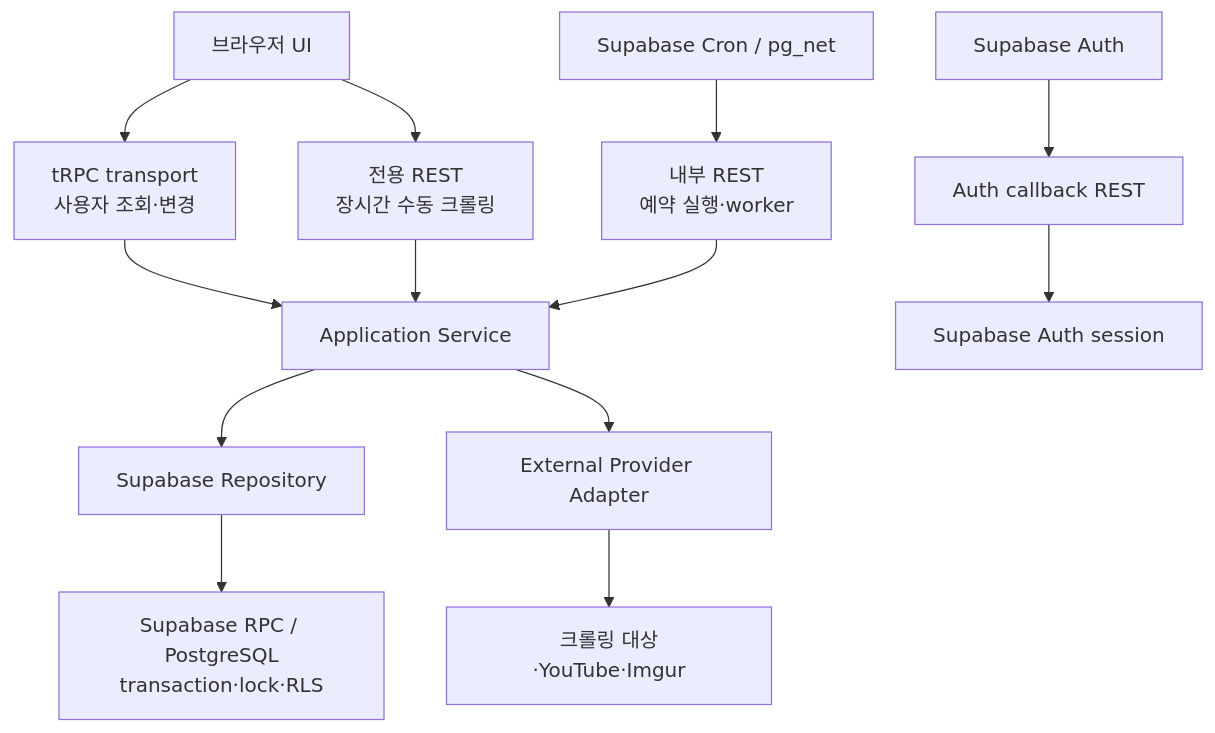
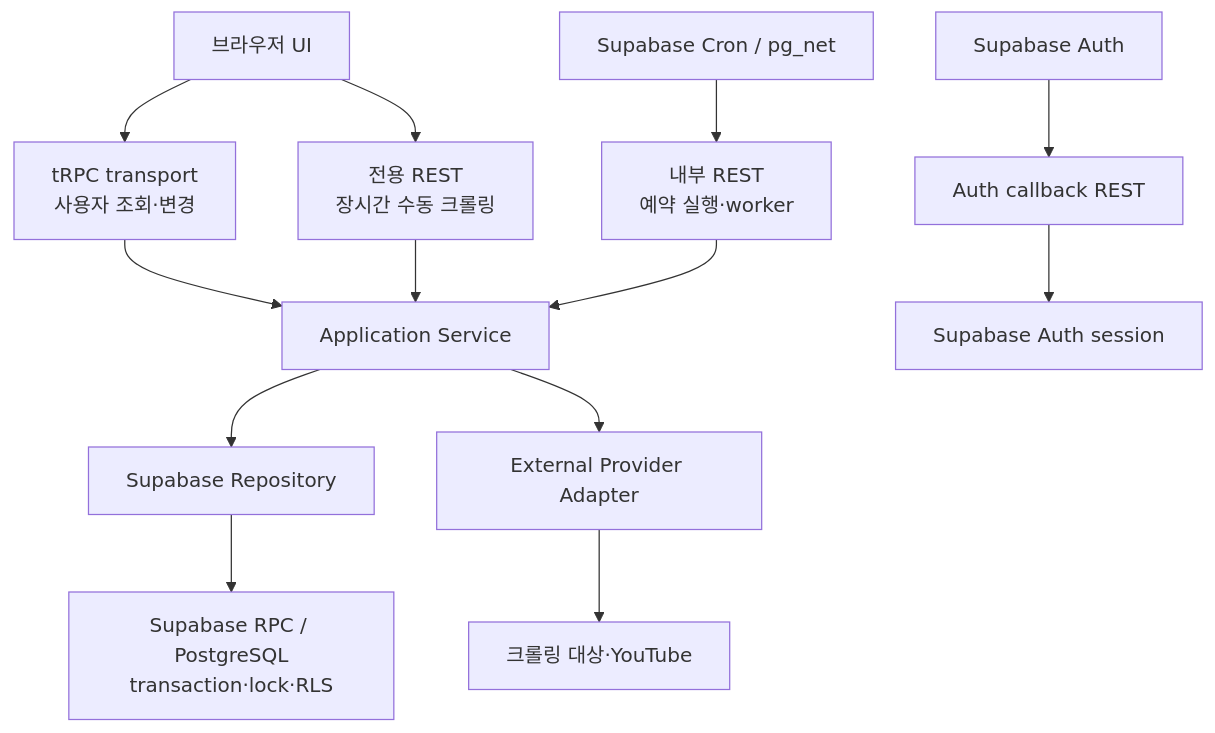
The diagram in docs/COMMUNICATION_ARCHITECTURE.md (rlatmfrl24/applemint-v3), drawn with Mermaid before and after one commit. The commit also changed other lines of this file and 33 other files, not shown here.

````diff
--- a/docs/COMMUNICATION_ARCHITECTURE.md
+++ b/docs/COMMUNICATION_ARCHITECTURE.md
@@ -43,17 +43,17 @@
 ```mermaid
 flowchart TB
     Browser["브라우저 UI"] --> TRPC["tRPC transport<br/>사용자 조회·변경"]
     Browser --> Manual["전용 REST<br/>장시간 수동 크롤링"]
     Cron["Supabase Cron / pg_net"] --> Internal["내부 REST<br/>예약 실행·worker"]
     Auth["Supabase Auth"] --> Callback["Auth callback REST"]
 
     TRPC --> Service["Application Service"]
     Manual --> Service
     Internal --> Service
 
     Service --> Repository["Supabase Repository"]
     Repository --> Rpc["Supabase RPC / PostgreSQL<br/>transaction·lock·RLS"]
     Service --> Provider["External Provider Adapter"]
-    Provider --> Source["크롤링 대상·YouTube·Imgur"]
+    Provider --> Source["크롤링 대상·YouTube"]
     Callback --> SupabaseAuth["Supabase Auth session"]
 ```
````
